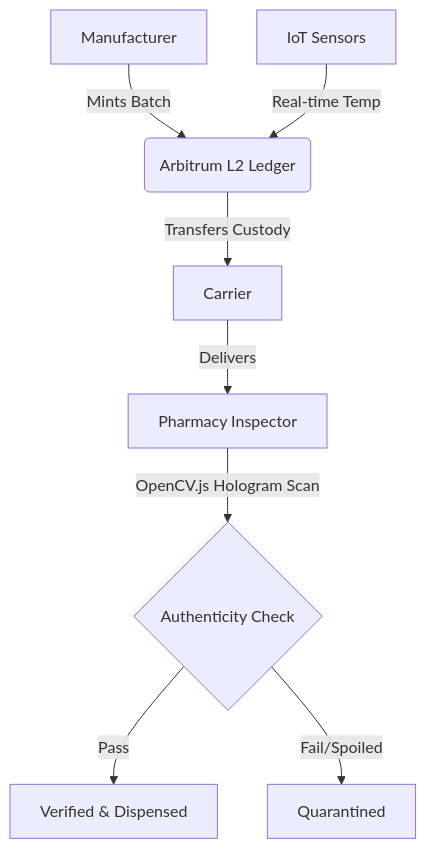
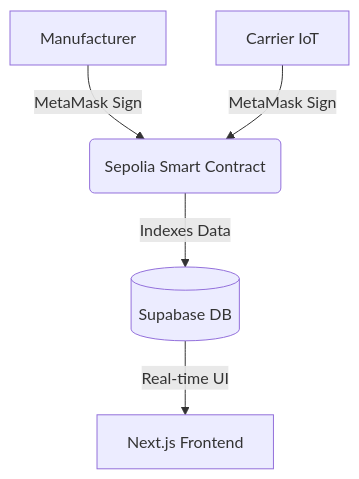
The diagram in README.md (Anirban4ru/MediTrace), drawn with Mermaid before and after one commit. The commit also changed other lines of this file, not shown here.

````diff
--- a/README.md
+++ b/README.md
@@ -30,10 +30,7 @@
 ```mermaid
 graph TD
-    A[Manufacturer] -->|Mints Batch| B(Arbitrum L2 Ledger)
-    C[IoT Sensors] -->|Real-time Temp| B
-    B -->|Transfers Custody| D[Carrier]
-    D -->|Delivers| E[Pharmacy Inspector]
-    E -->|OpenCV.js Hologram Scan| F{Authenticity Check}
-    F -->|Pass| G[Verified & Dispensed]
-    F -->|Fail/Spoiled| H[Quarantined]
+    A[Manufacturer] -->|MetaMask Sign| B(Sepolia Smart Contract)
+    C[Carrier IoT] -->|MetaMask Sign| B
+    B -->|Indexes Data| D[(Supabase DB)]
+    D -->|Real-time UI| E[Next.js Frontend]
 ```
````
